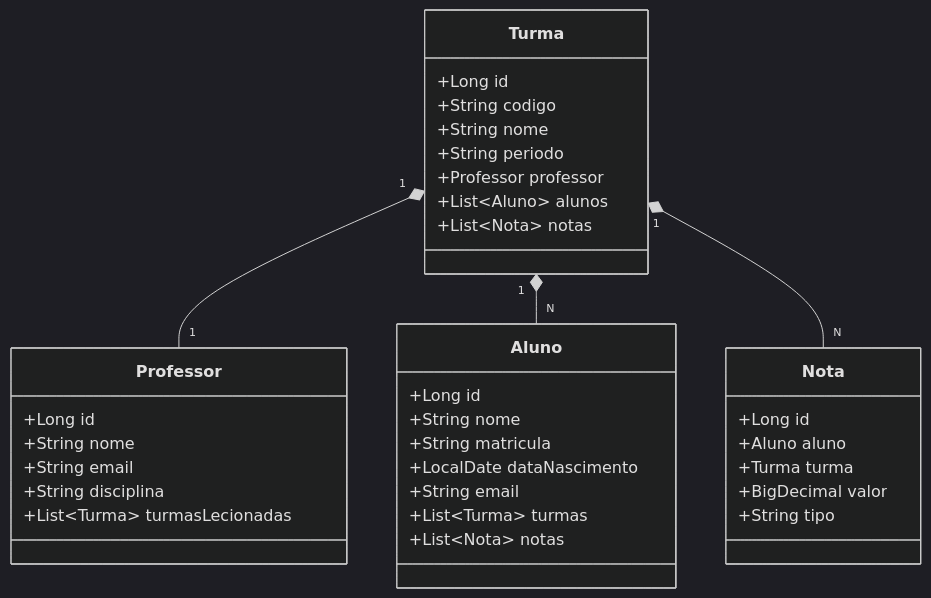
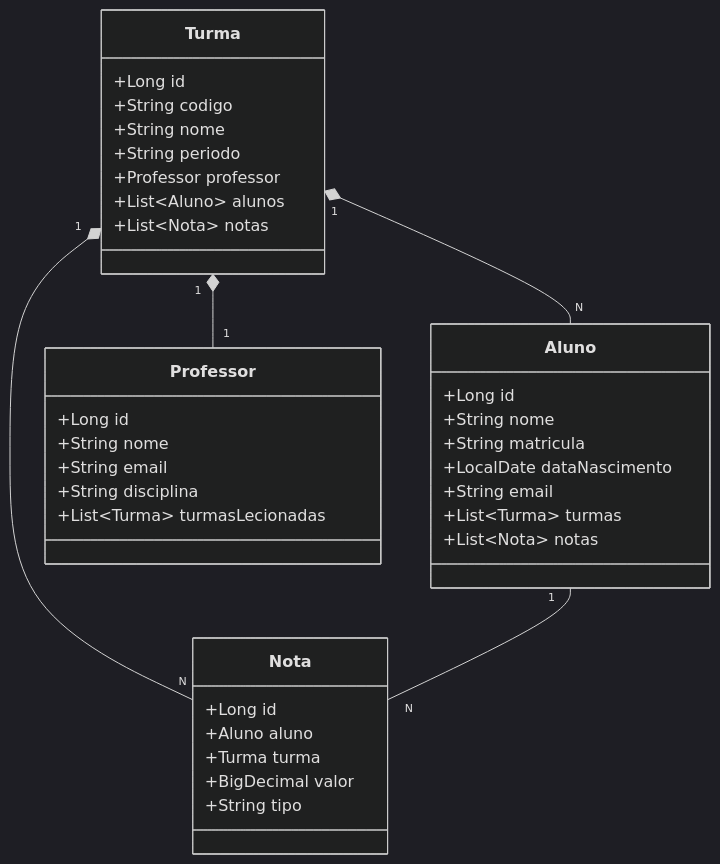
One commit to Jorleanderson/diario_escolar changed the diagram in README.md. Above: the diagram before and after it, drawn with Mermaid (dark theme).

````diff
--- a/README.md
+++ b/README.md
@@ -7,43 +7,44 @@
 ```mermaid
 classDiagram
       class Aluno {
         +Long id
         +String nome
         +String matricula
         +LocalDate dataNascimento
         +String email
         +List~Turma~ turmas
         +List~Nota~ notas
     }
 
     class Professor {
         +Long id
         +String nome
         +String email
         +String disciplina
         +List~Turma~ turmasLecionadas
     }
 
    class Nota {
         +Long id
         +Aluno aluno
         +Turma turma
         +BigDecimal valor
         +String tipo
     }
 
     class Turma {
         +Long id
         +String codigo
         +String nome
         +String periodo
         +Professor professor
         +List~Aluno~ alunos
         +List~Nota~ notas
     }
 
       Turma "1" *-- "1" Professor
       Turma "1" *-- "N" Aluno
       Turma "1" *-- "N" Nota
+      Aluno "1" -- "N" Nota
 
 ```
````
